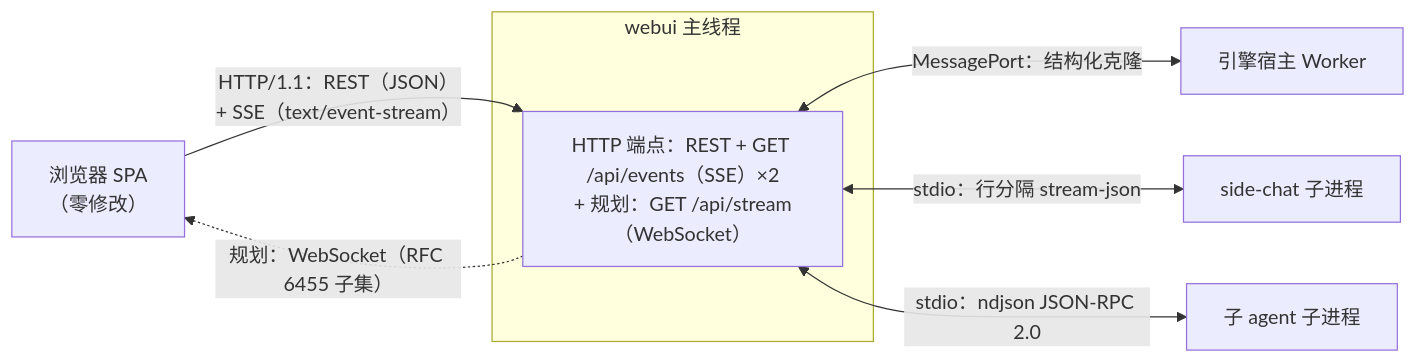
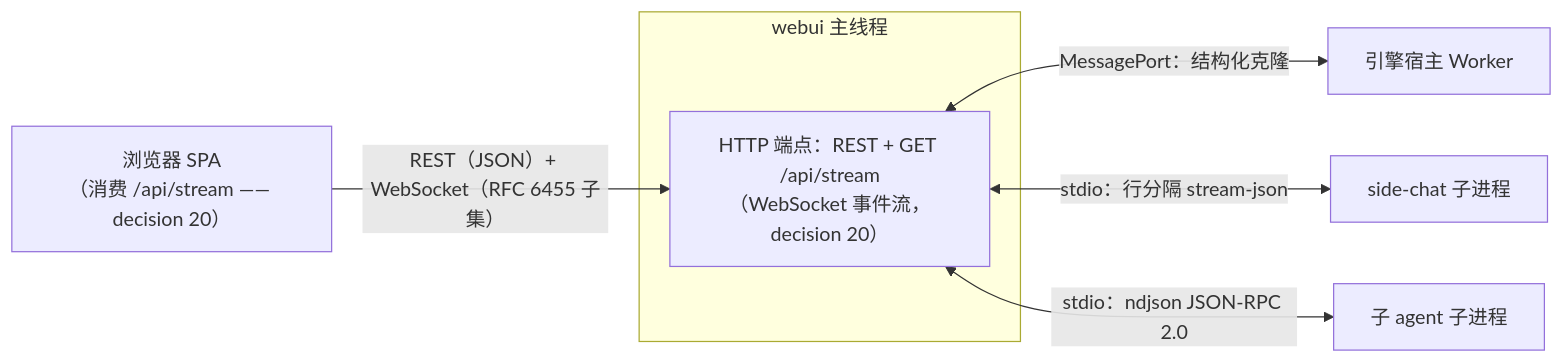
Before and after one commit to mcode-webui/minimax-code-web: the third of 4 diagrams in packages/webui/docs/drafts/arch_net_solution_0922.md, drawn with Mermaid. The commit also changed other lines of this file and 71 other files, not shown here.

````diff
--- a/packages/webui/docs/drafts/arch_net_solution_0922.md
+++ b/packages/webui/docs/drafts/arch_net_solution_0922.md
@@ -80,15 +84,14 @@
 ```mermaid
 flowchart LR
-    BR["浏览器 SPA<br/>（零修改）"]
+    BR["浏览器 SPA<br/>（消费 /api/stream —— decision 20）"]
     subgraph SV["webui 主线程"]
-        EP["HTTP 端点：REST + GET /api/events（SSE）×2<br/>+ 规划：GET /api/stream（WebSocket）"]
+        EP["HTTP 端点：REST + GET /api/stream<br/>（WebSocket 事件流，decision 20）"]
     end
     WK["引擎宿主 Worker"]
     SC["side-chat 子进程"]
     SUB["子 agent 子进程"]
-    BR -->|"HTTP/1.1：REST（JSON）+ SSE（text/event-stream）"| EP
-    EP -.->|"规划：WebSocket（RFC 6455 子集）"| BR
+    BR -->|"REST（JSON）+ WebSocket（RFC 6455 子集）"| EP
     EP <-->|"MessagePort：结构化克隆"| WK
     EP <-->|"stdio：行分隔 stream-json"| SC
     EP <-->|"stdio：ndjson JSON-RPC 2.0"| SUB
 ```
````
